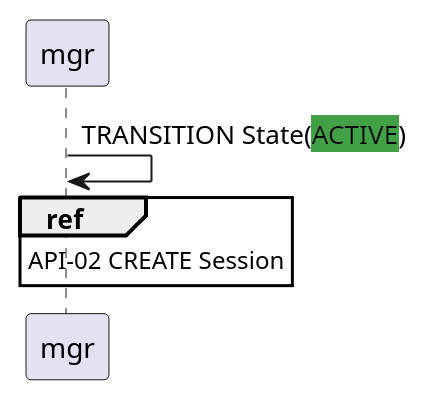
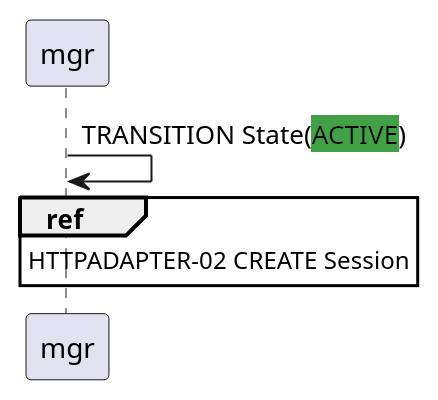
One commit to salimnamvar/nasim changed the second of 2 diagrams in docs/SQ/README.md. Above: the diagram before and after it, drawn with PlantUML. The commit also changed 345 other files, not shown here.

````diff
--- a/docs/SQ/README.md
+++ b/docs/SQ/README.md
@@ -47,6 +47,6 @@
 ```plantuml
 ' WRONG:
 mgr -> mgr : TRANSITION State(<back:#43A047>ACTIVE</back>)
 ' CORRECT:
-ref over mgr : API-02 CREATE Session
+ref over mgr : HTTPADAPTER-02 CREATE Session
 ```
````
